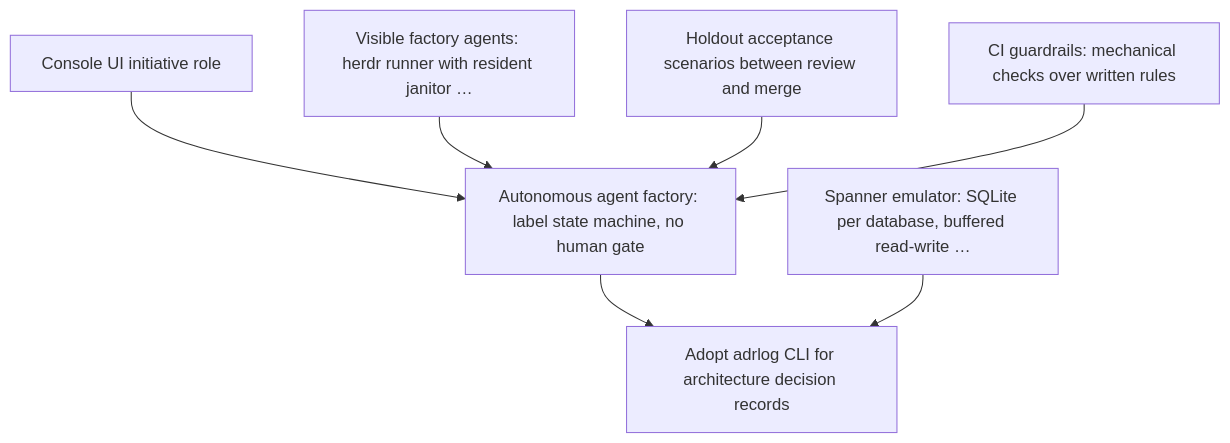
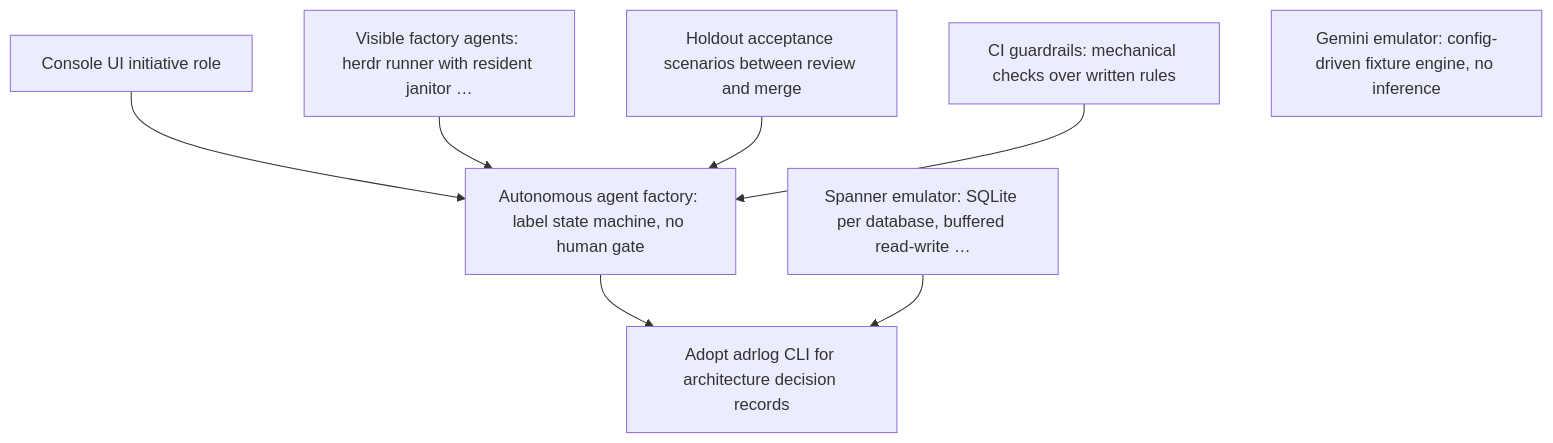
One commit to GuitarWag/gcp-local changed the diagram in docs/adr/README.md. Above: the diagram before and after it, drawn with Mermaid. The commit also changed other lines of this file and 4 other files, not shown here.

Commit message:
feat(gemini): config schema, gateway mount, ADR + README port (#78)

````diff
--- a/docs/adr/README.md
+++ b/docs/adr/README.md
@@ -17,16 +18,17 @@
 ```mermaid
 graph TD
   n0["Console UI initiative role"]
   n1["Visible factory agents: herdr runner with resident janitor …"]
   n2["Holdout acceptance scenarios between review and merge"]
   n3["CI guardrails: mechanical checks over written rules"]
   n4["Autonomous agent factory: label state machine, no human gate"]
-  n5["Spanner emulator: SQLite per database, buffered read-write …"]
-  n6["Adopt adrlog CLI for architecture decision records"]
+  n5["Gemini emulator: config-driven fixture engine, no inference"]
+  n6["Spanner emulator: SQLite per database, buffered read-write …"]
+  n7["Adopt adrlog CLI for architecture decision records"]
   n0 --> n4
   n1 --> n4
   n2 --> n4
   n3 --> n4
-  n4 --> n6
-  n5 --> n6
+  n4 --> n7
+  n6 --> n7
 ```
````
